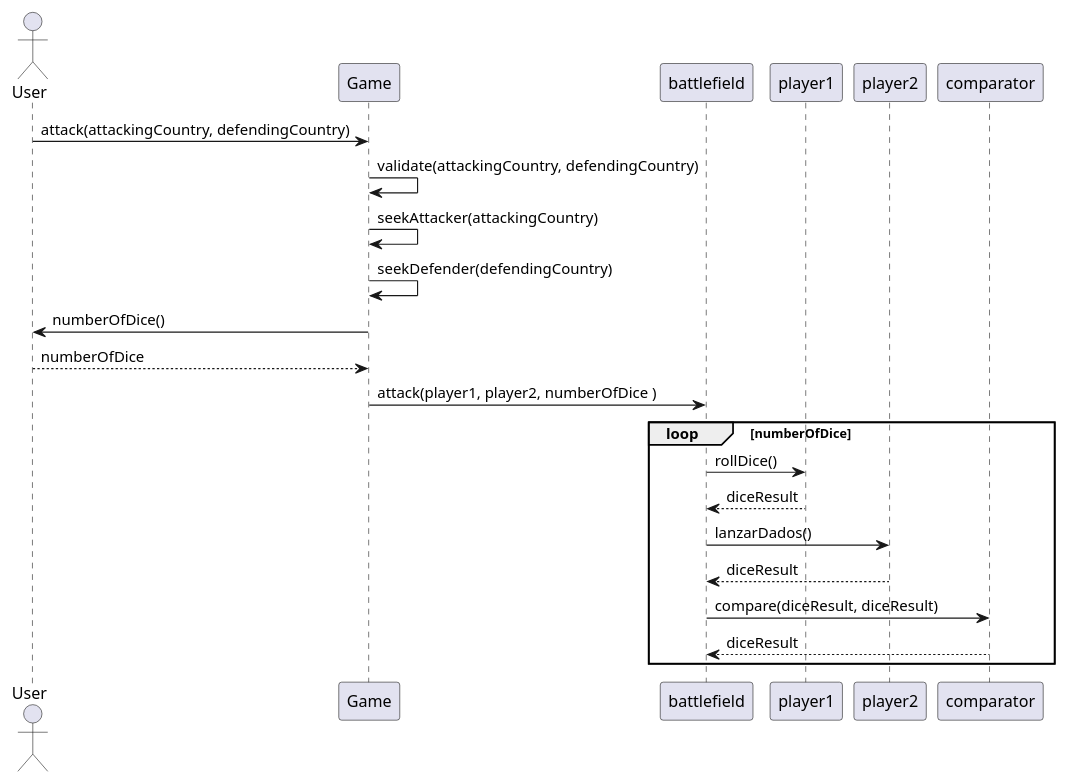
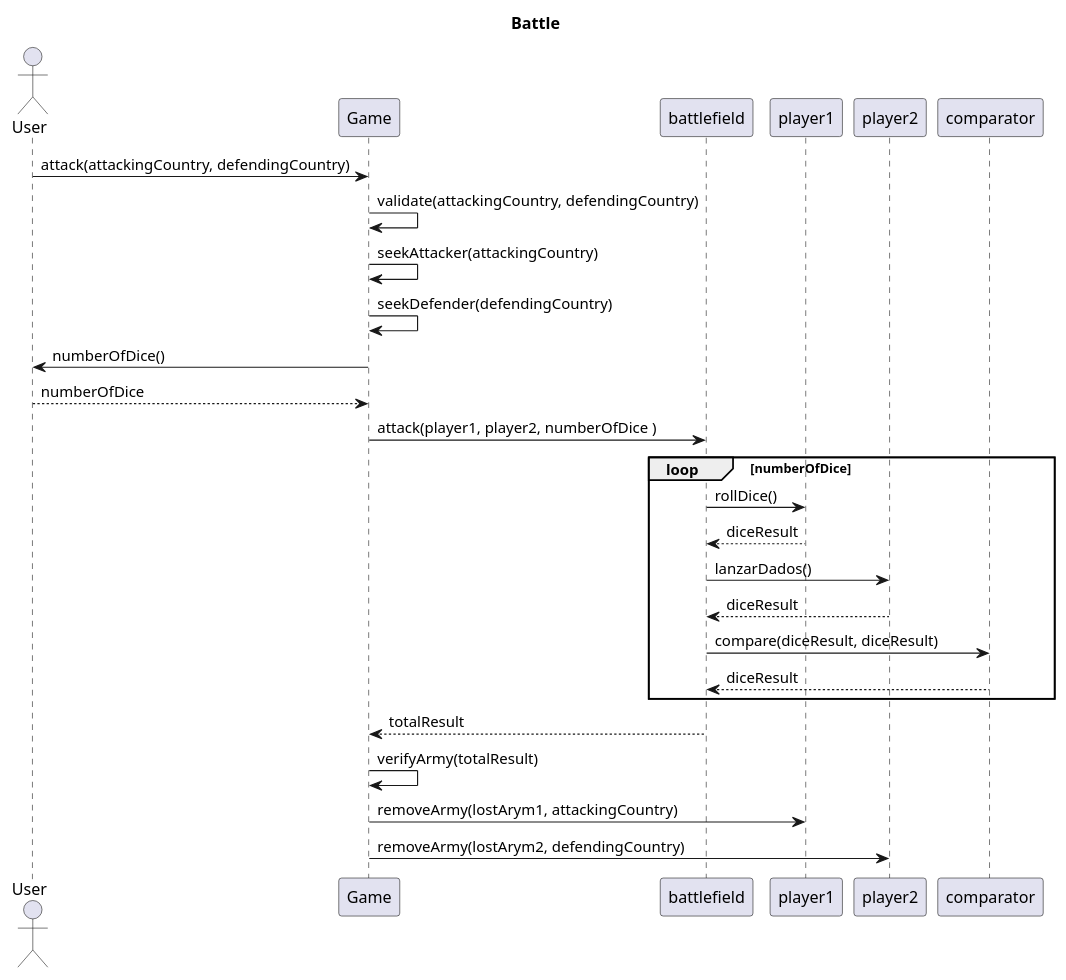
Before and after one commit to NahuelNGomez/TEG: the diagram in src/definirBatalla.puml, drawn with PlantUML.

Commit message:
Diagrams

```diff
--- a/src/definirBatalla.puml
+++ b/src/definirBatalla.puml
@@ -1,23 +1,30 @@
 @startuml
+title "Battle"
 actor User
 User -> Game: attack(attackingCountry, defendingCountry)
 Game -> Game: validate(attackingCountry, defendingCountry)
 
 Game -> Game: seekAttacker(attackingCountry)
 Game -> Game: seekDefender(defendingCountry)
 Game -> User : numberOfDice()
 User --> Game: numberOfDice
 Game -> battlefield: attack(player1, player2, numberOfDice )
 
 
 loop numberOfDice
 battlefield -> player1: rollDice()
 player1 --> battlefield : diceResult
 
 battlefield ->player2: lanzarDados()
 player2 --> battlefield : diceResult
 
 battlefield -> comparator: compare(diceResult, diceResult)
 comparator --> battlefield: diceResult
 end
+battlefield --> Game : totalResult
+
+Game -> Game : verifyArmy(totalResult)
+
+Game -> player1 : removeArmy(lostArym1, attackingCountry)
+Game -> player2 : removeArmy(lostArym2, defendingCountry)
 @enduml
```
